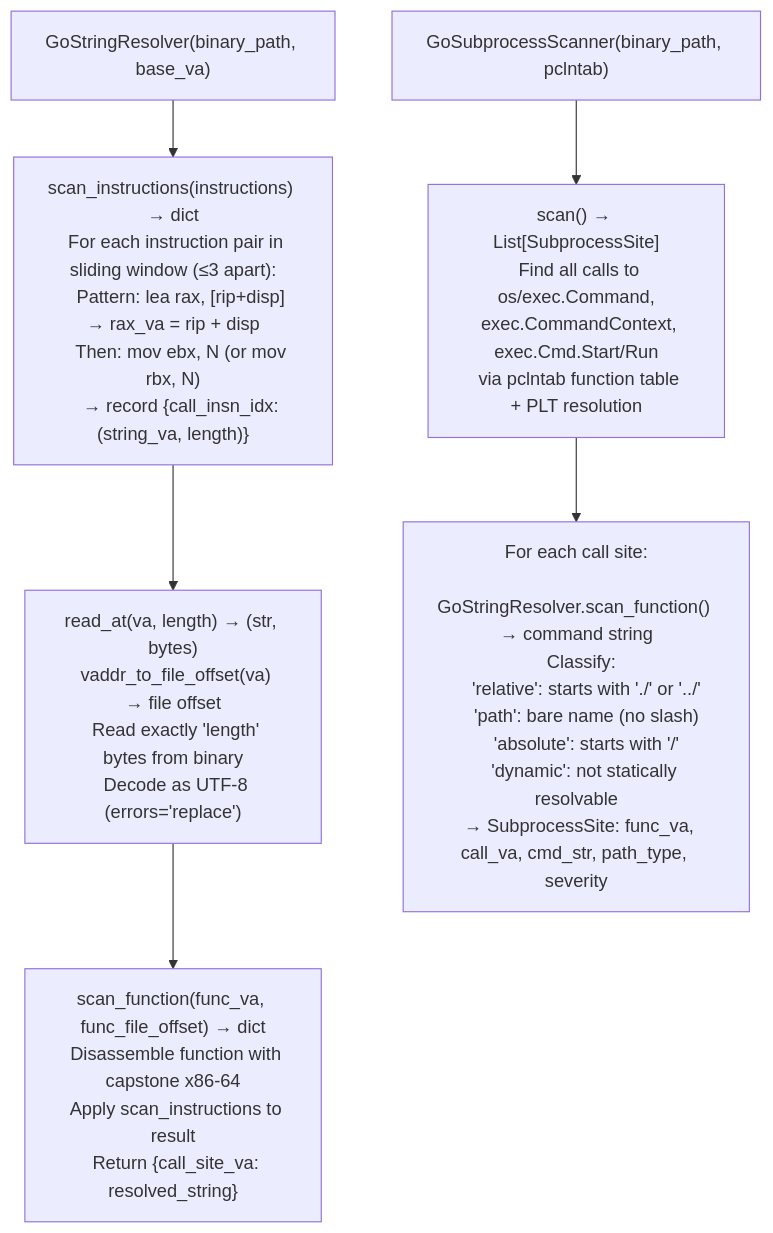
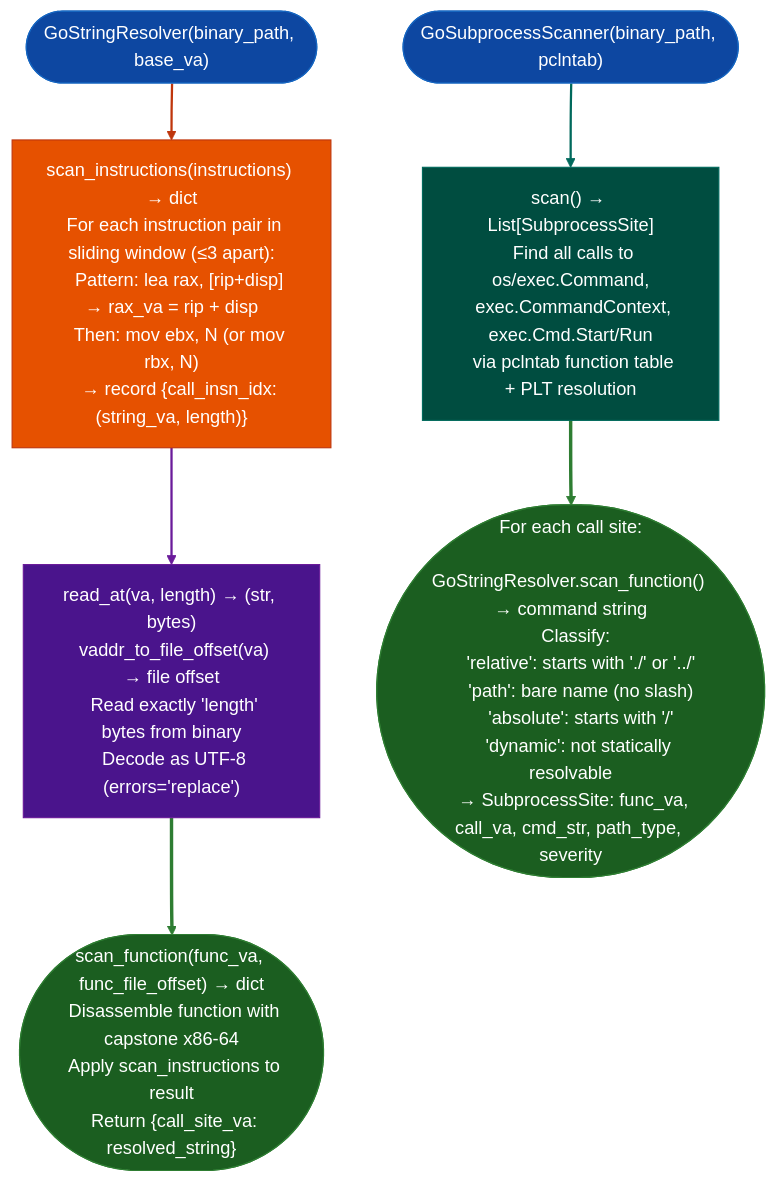
The diagram in docs/reference-modules/go-string-recovery.md (Ablation-Tool/ablation), drawn with Mermaid before and after one commit. The commit also changed 320 other files, not shown here.

First line of the commit message:
docs: apply canonical Mermaid template to all 321 diagrams

````diff
--- a/docs/reference-modules/go-string-recovery.md
+++ b/docs/reference-modules/go-string-recovery.md
@@ -19,9 +19,20 @@
 ```mermaid
 flowchart TD
-    A["GoStringResolver(binary_path, base_va)"] --> B["scan_instructions(instructions) → dict\n  For each instruction pair in sliding window (≤3 apart):\n    Pattern: lea rax, [rip+disp] → rax_va = rip + disp\n    Then: mov ebx, N (or mov rbx, N)\n    → record {call_insn_idx: (string_va, length)}"]
-    B --> C["read_at(va, length) → (str, bytes)\n  vaddr_to_file_offset(va) → file offset\n  Read exactly 'length' bytes from binary\n  Decode as UTF-8 (errors='replace')"]
-    C --> D["scan_function(func_va, func_file_offset) → dict\n  Disassemble function with capstone x86-64\n  Apply scan_instructions to result\n  Return {call_site_va: resolved_string}"]
+    A(["GoStringResolver(binary_path, base_va)"]):::input --> B["scan_instructions(instructions) → dict\n  For each instruction pair in sliding window (≤3 apart):\n    Pattern: lea rax, [rip+disp] → rax_va = rip + disp\n    Then: mov ebx, N (or mov rbx, N)\n    → record {call_insn_idx: (string_va, length)}"]:::primary
+    B:::primary --> C["read_at(va, length) → (str, bytes)\n  vaddr_to_file_offset(va) → file offset\n  Read exactly 'length' bytes from binary\n  Decode as UTF-8 (errors='replace')"]:::tertiary
+    C:::tertiary --> D(["scan_function(func_va, func_file_offset) → dict\n  Disassemble function with capstone x86-64\n  Apply scan_instructions to result\n  Return {call_site_va: resolved_string}"]):::output
 
-    E["GoSubprocessScanner(binary_path, pclntab)"] --> F["scan() → List[SubprocessSite]\n  Find all calls to os/exec.Command,\n  exec.CommandContext, exec.Cmd.Start/Run\n  via pclntab function table + PLT resolution"]
-    F --> G["For each call site:\n  GoStringResolver.scan_function() → command string\n  Classify:\n    'relative': starts with './' or '../'\n    'path': bare name (no slash)\n    'absolute': starts with '/'\n    'dynamic': not statically resolvable\n  → SubprocessSite: func_va, call_va, cmd_str, path_type, severity"]
+    E(["GoSubprocessScanner(binary_path, pclntab)"]):::input --> F["scan() → List[SubprocessSite]\n  Find all calls to os/exec.Command,\n  exec.CommandContext, exec.Cmd.Start/Run\n  via pclntab function table + PLT resolution"]:::secondary
+    F:::secondary --> G(["For each call site:\n  GoStringResolver.scan_function() → command string\n  Classify:\n    'relative': starts with './' or '../'\n    'path': bare name (no slash)\n    'absolute': starts with '/'\n    'dynamic': not statically resolvable\n  → SubprocessSite: func_va, call_va, cmd_str, path_type, severity"]):::output
+    classDef input     fill:#0d47a1,stroke:#1565c0,color:#fff
+    classDef primary   fill:#e65100,stroke:#bf360c,color:#fff
+    classDef secondary fill:#004d40,stroke:#00695c,color:#fff
+    classDef tertiary  fill:#4a148c,stroke:#6a1b9a,color:#fff
+    classDef neutral   fill:#37474f,stroke:#546e7a,color:#fff
+    classDef output    fill:#1b5e20,stroke:#2e7d32,color:#fff
+    linkStyle 0 stroke:#bf360c,stroke-width:2px
+    linkStyle 1 stroke:#6a1b9a,stroke-width:2px
+    linkStyle 2 stroke:#2e7d32,stroke-width:3px
+    linkStyle 3 stroke:#00695c,stroke-width:2px
+    linkStyle 4 stroke:#2e7d32,stroke-width:3px
 ```
````
